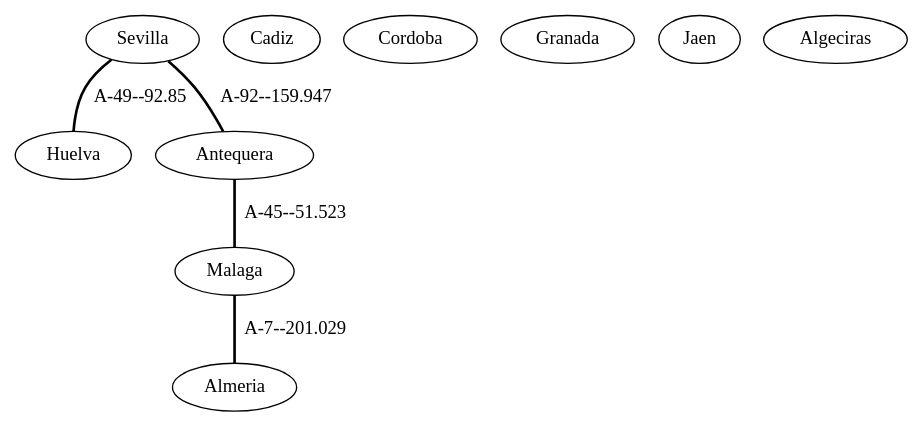
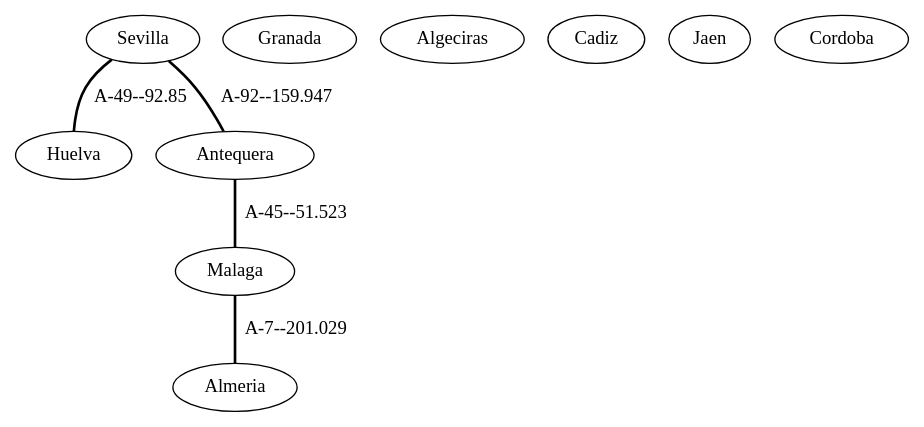
Before and after one commit to migueltoro/ada_v2_18: the diagram in java/EjemplosDeGrafos/ficheros/caminoMinimoAndalucia2.gv, drawn with Graphviz.

Commit message:
04/03/2020

```diff
--- a/java/EjemplosDeGrafos/ficheros/caminoMinimoAndalucia2.gv
+++ b/java/EjemplosDeGrafos/ficheros/caminoMinimoAndalucia2.gv
@@ -1,16 +1,16 @@
 strict graph G {
-  1 [ label="Sevilla" ];
-  2 [ label="Cadiz" ];
-  3 [ label="Huelva" ];
-  4 [ label="Cordoba" ];
-  5 [ label="Malaga" ];
-  6 [ label="Antequera" ];
-  7 [ label="Almeria" ];
-  8 [ label="Granada" ];
-  9 [ label="Jaen" ];
-  10 [ label="Algeciras" ];
-  1 -- 6 [ label="A-92--159.947" style="bold" ];
-  6 -- 5 [ label="A-45--51.523" style="bold" ];
-  5 -- 7 [ label="A-7--201.029" style="bold" ];
-  1 -- 3 [ label="A-49--92.85" style="bold" ];
+  1 [ label="Huelva" ];
+  2 [ label="Sevilla" ];
+  3 [ label="Almeria" ];
+  4 [ label="Granada" ];
+  5 [ label="Algeciras" ];
+  6 [ label="Cadiz" ];
+  7 [ label="Malaga" ];
+  8 [ label="Jaen" ];
+  9 [ label="Antequera" ];
+  10 [ label="Cordoba" ];
+  2 -- 9 [ label="A-92--159.947" style="bold" ];
+  9 -- 7 [ label="A-45--51.523" style="bold" ];
+  7 -- 3 [ label="A-7--201.029" style="bold" ];
+  2 -- 1 [ label="A-49--92.85" style="bold" ];
 }
```
